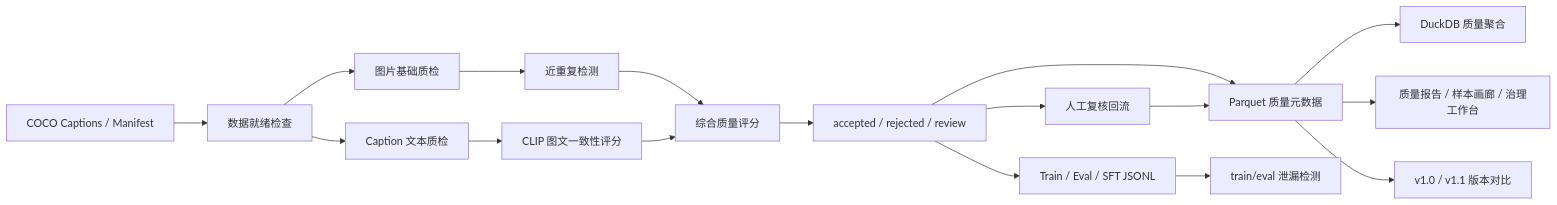
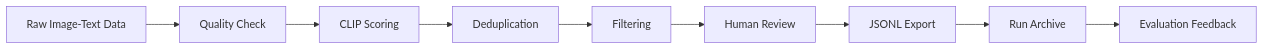
Before and after one commit to Linyihhh1-Hub/multimodal-data-quality-pipeline: the diagram in README.md, drawn with Mermaid. The commit also changed other lines of this file and 16 other files, not shown here.

Commit message:
Add run archive and evaluation feedback workflow

````diff
--- a/README.md
+++ b/README.md
@@ -57,19 +33,11 @@
 ```mermaid
 flowchart LR
-  A["COCO Captions / Manifest"] --> B["数据就绪检查"]
-  B --> C["图片基础质检"]
-  B --> D["Caption 文本质检"]
-  C --> E["近重复检测"]
-  D --> F["CLIP 图文一致性评分"]
-  E --> G["综合质量评分"]
-  F --> G
-  G --> H["accepted / rejected / review"]
-  H --> I["Parquet 质量元数据"]
-  H --> J["Train / Eval / SFT JSONL"]
-  H --> M["人工复核回流"]
-  M --> I
-  J --> N["train/eval 泄漏检测"]
-  I --> O["DuckDB 质量聚合"]
-  I --> K["质量报告 / 样本画廊 / 治理工作台"]
-  I --> L["v1.0 / v1.1 版本对比"]
+  A["Raw Image-Text Data"] --> B["Quality Check"]
+  B --> C["CLIP Scoring"]
+  C --> D["Deduplication"]
+  D --> E["Filtering"]
+  E --> F["Human Review"]
+  F --> G["JSONL Export"]
+  G --> H["Run Archive"]
+  H --> I["Evaluation Feedback"]
 ```
````
